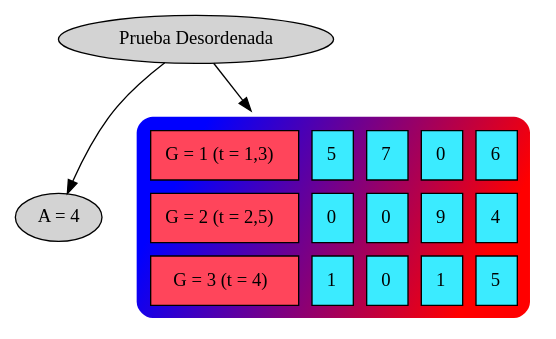
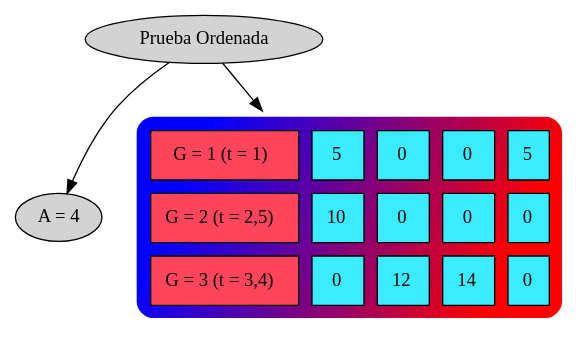
One commit to Josue013/IPC2_Proyecto1_202202481 changed the diagram in bb.dot. Above: the diagram before and after it, drawn with Graphviz. The commit also changed 8 other files, not shown here.

```diff
--- a/bb.dot
+++ b/bb.dot
@@ -1,28 +1,28 @@
  digraph G {
-	            a0 [ label=" Prueba Desordenada" fontname="Impact" bgcolor="#ff3d61" style="filled"] 
+	            a0 [ label=" Prueba Ordenada" fontname="Impact" bgcolor="#ff3d61" style="filled"] 
                 a1 [ label="A = 4" fontname="Impact" bgcolor="#ff3d61" style="filled"]
 
                 a2 [ shape="none" fontname="Impact" label=< <TABLE border="0" cellspacing="10" cellpadding="10" style="rounded" bgcolor="blue:red" gradientangle="315">
 
-<TR><TD border="1" bgcolor="#ff455b">G = 1 (t = 1,3)</TD><TD border="1" bgcolor="#3bebff">5</TD>
-<TD border="1" bgcolor="#3bebff">7</TD>
+<TR><TD border="1" bgcolor="#ff455b">G = 1 (t = 1)</TD><TD border="1" bgcolor="#3bebff">5</TD>
 <TD border="1" bgcolor="#3bebff">0</TD>
-<TD border="1" bgcolor="#3bebff">6</TD>
+<TD border="1" bgcolor="#3bebff">0</TD>
+<TD border="1" bgcolor="#3bebff">5</TD>
 </TR>
-<TR><TD border="1" bgcolor="#ff455b">G = 2 (t = 2,5)</TD><TD border="1" bgcolor="#3bebff">0</TD>
+<TR><TD border="1" bgcolor="#ff455b">G = 2 (t = 2,5)</TD><TD border="1" bgcolor="#3bebff">10</TD>
 <TD border="1" bgcolor="#3bebff">0</TD>
-<TD border="1" bgcolor="#3bebff">9</TD>
-<TD border="1" bgcolor="#3bebff">4</TD>
+<TD border="1" bgcolor="#3bebff">0</TD>
+<TD border="1" bgcolor="#3bebff">0</TD>
 </TR>
-<TR><TD border="1" bgcolor="#ff455b">G = 3 (t = 4)</TD><TD border="1" bgcolor="#3bebff">1</TD>
+<TR><TD border="1" bgcolor="#ff455b">G = 3 (t = 3,4)</TD><TD border="1" bgcolor="#3bebff">0</TD>
+<TD border="1" bgcolor="#3bebff">12</TD>
+<TD border="1" bgcolor="#3bebff">14</TD>
 <TD border="1" bgcolor="#3bebff">0</TD>
-<TD border="1" bgcolor="#3bebff">1</TD>
-<TD border="1" bgcolor="#3bebff">5</TD>
 </TR>
 
 </TABLE>>]
 
                         a0 -> a1;
 
                         a0 -> a2;
 }
```
